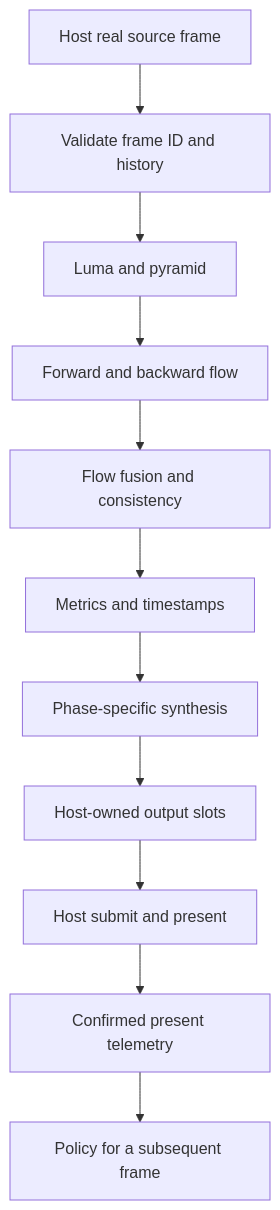
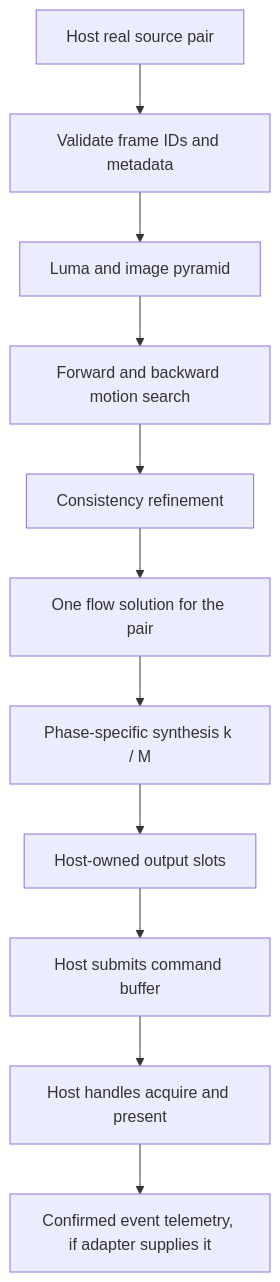
Before and after one commit to Snap888/AromaFG: the diagram in docs/architecture.md, drawn with Mermaid. The commit also changed other lines of this file, not shown here.

Commit message:
docs: clarify architecture lifecycle and runtime boundaries

````diff
--- a/docs/architecture.md
+++ b/docs/architecture.md
@@ -13,13 +17,13 @@
-```mermaid
+~~~mermaid
 flowchart TD
-  A[Host real source frame] --> B[Validate frame ID and history]
-  B --> C[Luma and pyramid]
-  C --> D[Forward and backward flow]
-  D --> E[Flow fusion and consistency]
-  E --> F[Metrics and timestamps]
-  F --> G[Phase-specific synthesis]
+  A[Host real source pair] --> B[Validate frame IDs and metadata]
+  B --> C[Luma and image pyramid]
+  C --> D[Forward and backward motion search]
+  D --> E[Consistency refinement]
+  E --> F[One flow solution for the pair]
+  F --> G[Phase-specific synthesis k / M]
   G --> H[Host-owned output slots]
-  H --> I[Host submit and present]
-  I --> J[Confirmed present telemetry]
-  J --> K[Policy for a subsequent frame]
-```
+  H --> I[Host submits command buffer]
+  I --> J[Host handles acquire and present]
+  J --> K[Confirmed event telemetry, if adapter supplies it]
+~~~
````
